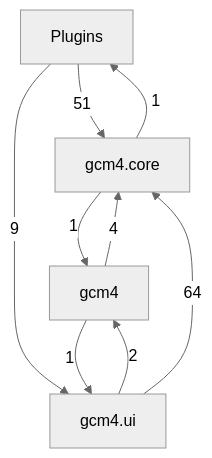
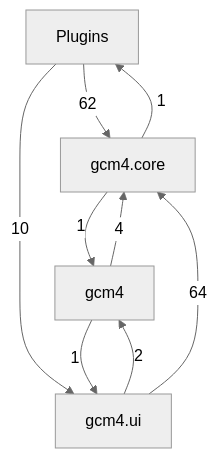
The first of 5 diagrams in docs/class-diagram.md (Mathilde-Team/Gcm4), drawn with Mermaid (neutral theme) before and after one commit. The commit also changed other lines of this file and 91 other files, not shown here.

````diff
--- a/docs/class-diagram.md
+++ b/docs/class-diagram.md
@@ -21,15 +21,15 @@
 ```mermaid
 flowchart TD
     g0["Plugins"]
     g1["gcm4"]
     g2["gcm4.core"]
     g3["gcm4.ui"]
-    g0 -->|51| g2
-    g0 -->|9| g3
+    g0 -->|62| g2
+    g0 -->|10| g3
     g1 -->|4| g2
     g1 -->|1| g3
     g2 -->|1| g0
     g2 -->|1| g1
     g3 -->|2| g1
     g3 -->|64| g2
 ```
````
